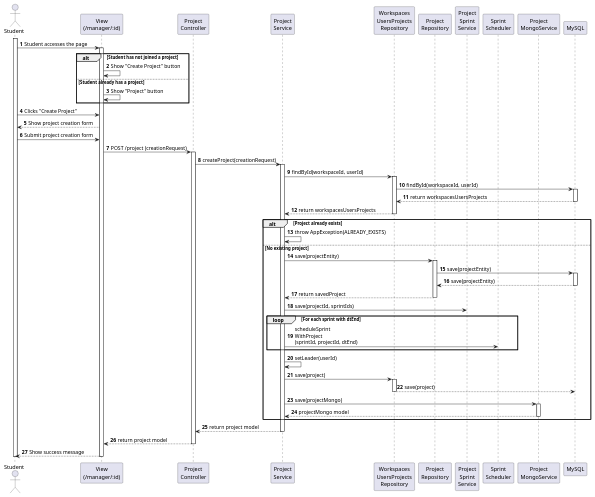
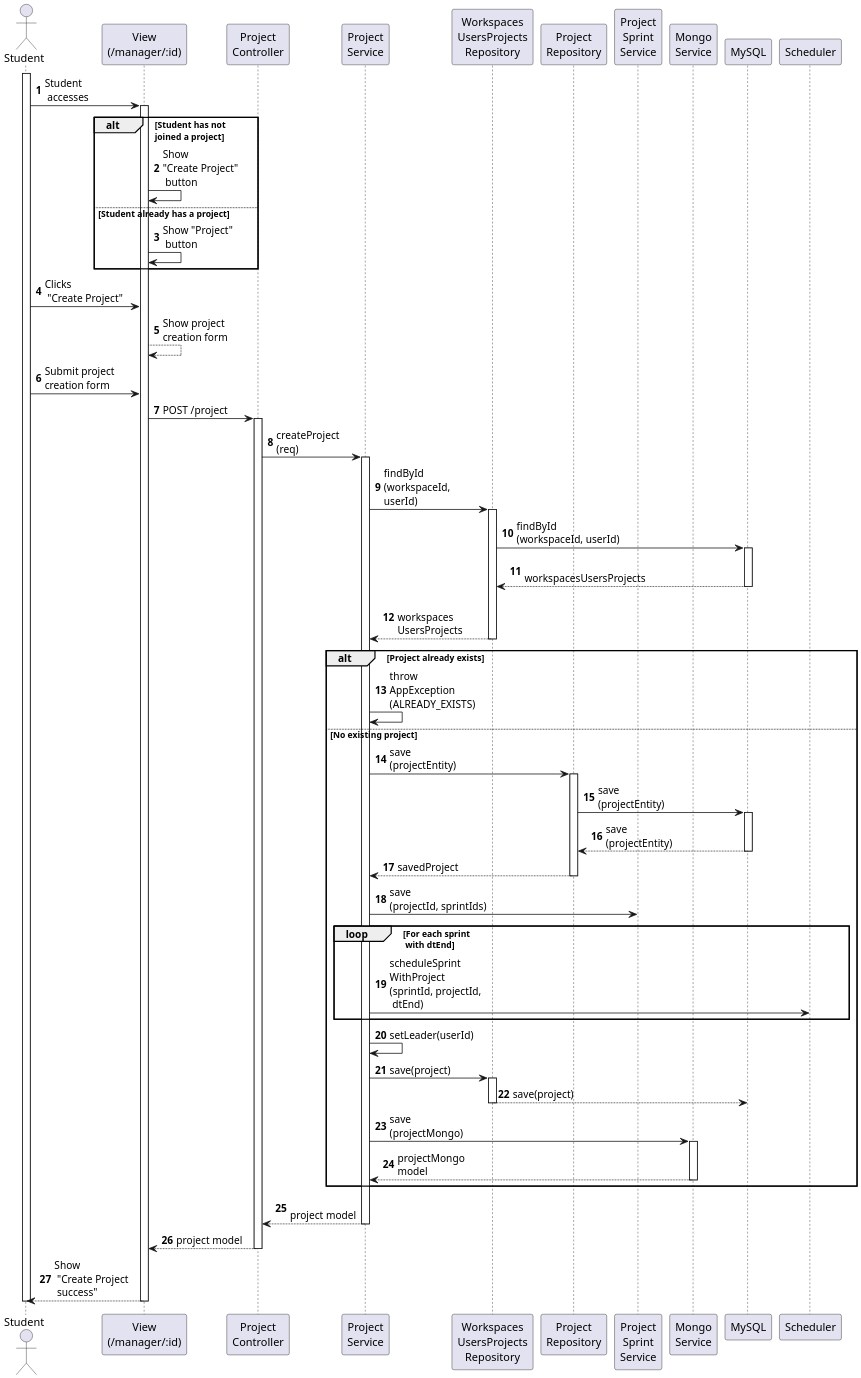
One commit to tandang2003/KLTN-Agile-Scrum-Tuan-Duc changed the diagram in swagger/sequence/student/project_create.puml. Above: the diagram before and after it, drawn with PlantUML. The commit also changed 29 other files, not shown here.

Commit message:
add sequence

```diff
--- a/swagger/sequence/student/project_create.puml
+++ b/swagger/sequence/student/project_create.puml
@@ -1,83 +1,82 @@
 @startuml
 autonumber
+scale 2
 actor "Student" as SV
 participant "View\n(/manager/:id)" as View
 participant "Project\nController" as Controller
 participant "Project\nService" as Service
 participant "Workspaces\nUsersProjects\nRepository" as WUPRepo
 participant "Project\nRepository" as ProjectRepo
 participant "Project\nSprint\nService" as SprintService
-participant "Sprint\nScheduler" as Scheduler
-participant "Project\nMongoService" as MongoService
+participant "Mongo\nService" as MongoService
 participant "MySQL" as MySQL
 
 activate SV
-SV -> View : Student accesses the page
+SV -> View : Student \n accesses
 
 activate View
-    alt Student has not joined a project
-        View -> View : Show "Create Project" button
+    alt Student has not\njoined a project
+        View -> View : Show \n"Create Project" \n button
     else Student already has a project
-        View -> View : Show "Project" button
+        View -> View : Show "Project" \n button
     end
 
-SV -> View : Clicks "Create Project"
+SV -> View : Clicks \n "Create Project"
 
-View --> SV : Show project creation form
-SV -> View : Submit project creation form
-View -> Controller : POST /project (creationRequest)
+View --> View : Show project\ncreation form
+SV -> View : Submit project\ncreation form
+View -> Controller : POST /project
 
 activate Controller
-Controller -> Service : createProject(creationRequest)
+Controller -> Service : createProject\n(req)
 activate Service
 
-    Service -> WUPRepo : findById(workspaceId, userId)
+    Service -> WUPRepo : findById\n(workspaceId, \nuserId)
     activate WUPRepo
-    WUPRepo ->  MySQL : findById(workspaceId, userId)
+    WUPRepo ->  MySQL : findById\n(workspaceId, userId)
     activate MySQL
-    MySQL --> WUPRepo : return workspacesUsersProjects
+    MySQL --> WUPRepo : \nworkspacesUsersProjects
     deactivate MySQL
-    WUPRepo --> Service : return workspacesUsersProjects
+    WUPRepo --> Service : \nworkspaces\nUsersProjects
     deactivate WUPRepo
 
     alt Project already exists
-        Service -> Service : throw AppException(ALREADY_EXISTS)
+        Service -> Service : throw\nAppException\n(ALREADY_EXISTS)
     else No existing project
 
-        Service -> ProjectRepo : save(projectEntity)
+        Service -> ProjectRepo : save\n(projectEntity)
         activate ProjectRepo
-        ProjectRepo -> MySQL : save(projectEntity)
+        ProjectRepo -> MySQL :  save\n(projectEntity)
         activate MySQL
-        MySQL --> ProjectRepo:  save(projectEntity)
+        MySQL --> ProjectRepo:   save\n(projectEntity)
         deactivate MySQL
-        ProjectRepo --> Service : return savedProject
+        ProjectRepo --> Service : savedProject
         deactivate ProjectRepo
 
-        Service -> SprintService : save(projectId, sprintIds)
-        loop For each sprint with dtEnd
-            Service -> Scheduler : scheduleSprint\nWithProject\n(sprintId, projectId, dtEnd)
-
+        Service -> SprintService : save\n(projectId, sprintIds)
+        loop For each sprint \n with dtEnd
+            Service -> Scheduler : scheduleSprint\nWithProject\n(sprintId, projectId,\n dtEnd)
         end
 
         Service -> Service: setLeader(userId)
         Service -> WUPRepo : save(project)
         activate WUPRepo
         WUPRepo --> MySQL : save(project)
         deactivate WUPRepo
 
-        Service -> MongoService : save(projectMongo)
+        Service -> MongoService : save\n(projectMongo)
         activate MongoService
-        MongoService --> Service : projectMongo model
+        MongoService --> Service : projectMongo \nmodel
         deactivate MongoService
     end
 
-Service --> Controller : return project model
+Service --> Controller :  \nproject model
 deactivate Service
-Controller --> View : return project model
+Controller --> View :  project model
 deactivate Controller
 
-View --> SV : Show success message
+View --> SV : Show \n "Create Project \n success"
 deactivate View
 deactivate SV
 
 @enduml
```
